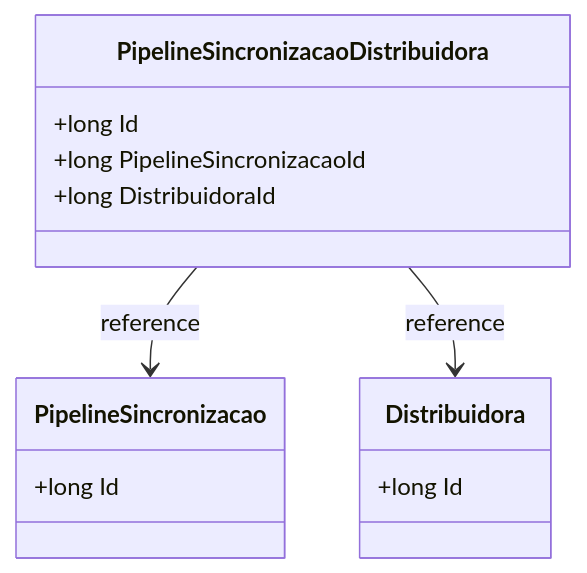
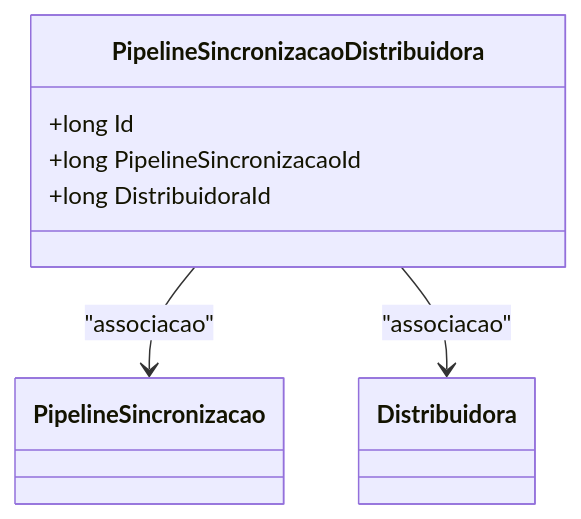
One commit to IsthmusSistemas/documentacao-tecnica changed the diagram in docs/b2b-dominio/IsthmusWinthor.Nucleo/IsthmusWinthor.Dominio/Entidades/PipelineSincronizacaoDistribuidora.md. Above: the diagram before and after it, drawn with Mermaid. The commit also changed other lines of this file and 882 other files, not shown here.

````diff
--- a/docs/b2b-dominio/IsthmusWinthor.Nucleo/IsthmusWinthor.Dominio/Entidades/PipelineSincronizacaoDistribuidora.md
+++ b/docs/b2b-dominio/IsthmusWinthor.Nucleo/IsthmusWinthor.Dominio/Entidades/PipelineSincronizacaoDistribuidora.md
@@ -16,17 +22,13 @@
 ```mermaid
 classDiagram
     class PipelineSincronizacaoDistribuidora {
         +long Id
         +long PipelineSincronizacaoId
         +long DistribuidoraId
     }
-    class PipelineSincronizacao {
-        +long Id
-    }
-    class Distribuidora {
-        +long Id
-    }
+    class PipelineSincronizacao {}
+    class Distribuidora {}
 
-    PipelineSincronizacaoDistribuidora --> PipelineSincronizacao : reference
-    PipelineSincronizacaoDistribuidora --> Distribuidora : reference
+    PipelineSincronizacaoDistribuidora --> PipelineSincronizacao : "associacao"
+    PipelineSincronizacaoDistribuidora --> Distribuidora : "associacao"
 ```
````
